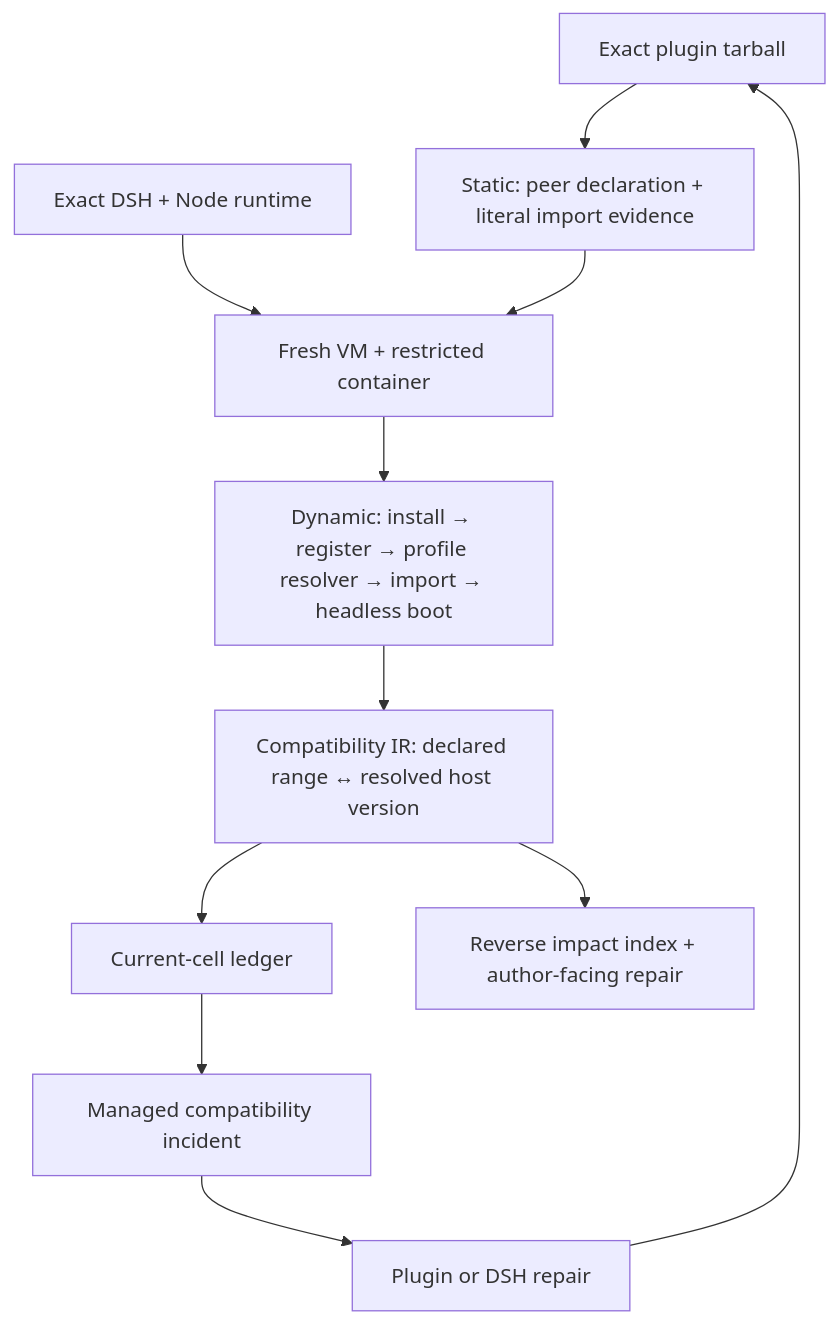
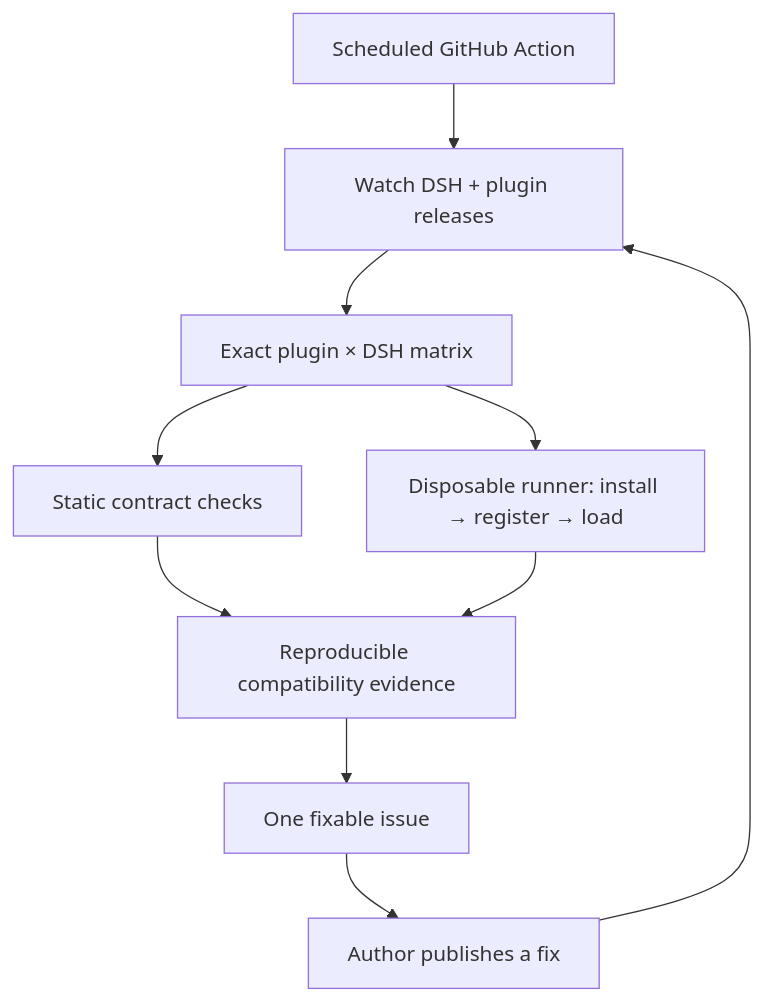
Before and after one commit to MicroMilo/upstream-radar: the diagram in README.md, drawn with Mermaid. The commit also changed other lines of this file and 1 other file, not shown here.

Commit message:
docs: sharpen bilingual compatibility story (#76)

````diff
--- a/README.md
+++ b/README.md
@@ -23,13 +36,12 @@
 ```mermaid
 flowchart TB
-  Artifact["Exact plugin tarball"] --> Static["Static: peer declaration + literal import evidence"]
-  DSH["Exact DSH + Node runtime"] --> Runtime["Fresh VM + restricted container"]
-  Static --> Runtime
-  Runtime --> Resolve["Dynamic: install → register → profile resolver → import → headless boot"]
-  Resolve --> IR["Compatibility IR: declared range ↔ resolved host version"]
-  IR --> Ledger["Current-cell ledger"]
-  IR --> Impact["Reverse impact index + author-facing repair"]
-  Ledger --> Incident["Managed compatibility incident"]
-  Incident --> Repair["Plugin or DSH repair"]
-  Repair --> Artifact
+  Schedule["Scheduled GitHub Action"] --> Watch["Watch DSH + plugin releases"]
+  Watch --> Matrix["Exact plugin × DSH matrix"]
+  Matrix --> Static["Static contract checks"]
+  Matrix --> Runtime["Disposable runner: install → register → load"]
+  Static --> Evidence["Reproducible compatibility evidence"]
+  Runtime --> Evidence
+  Evidence --> Issue["One fixable issue"]
+  Issue --> Fix["Author publishes a fix"]
+  Fix --> Watch
 ```
````
